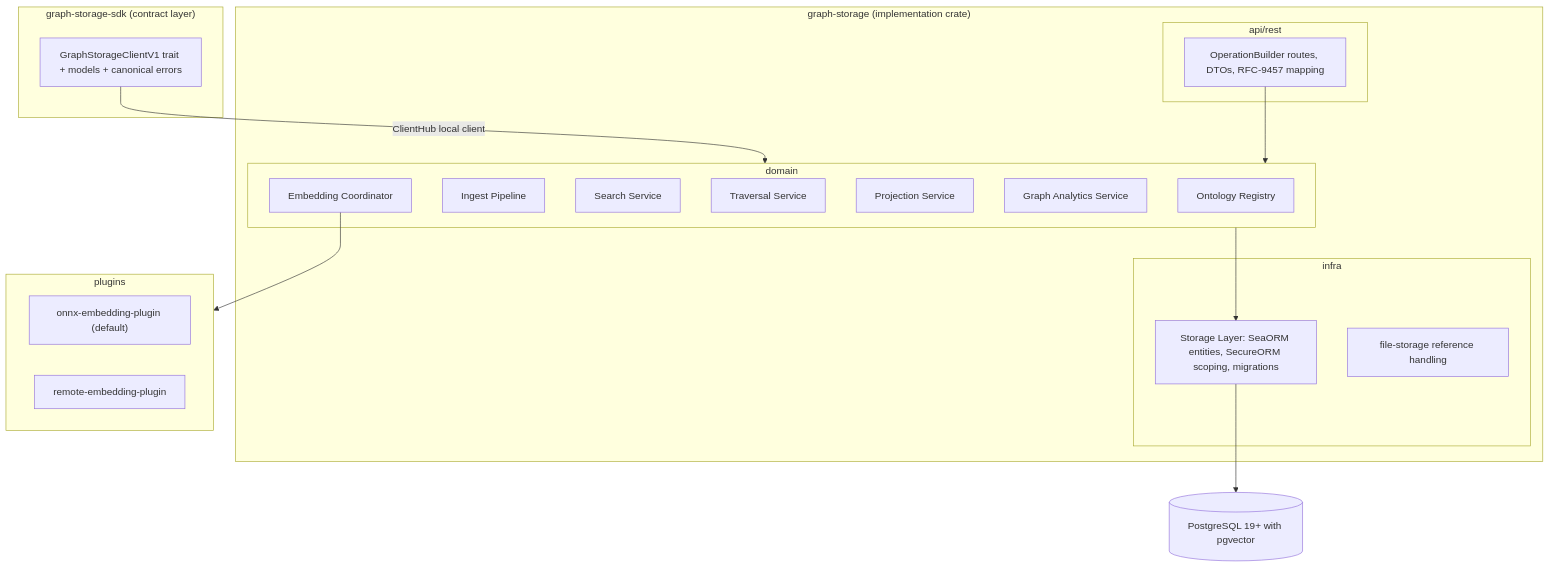
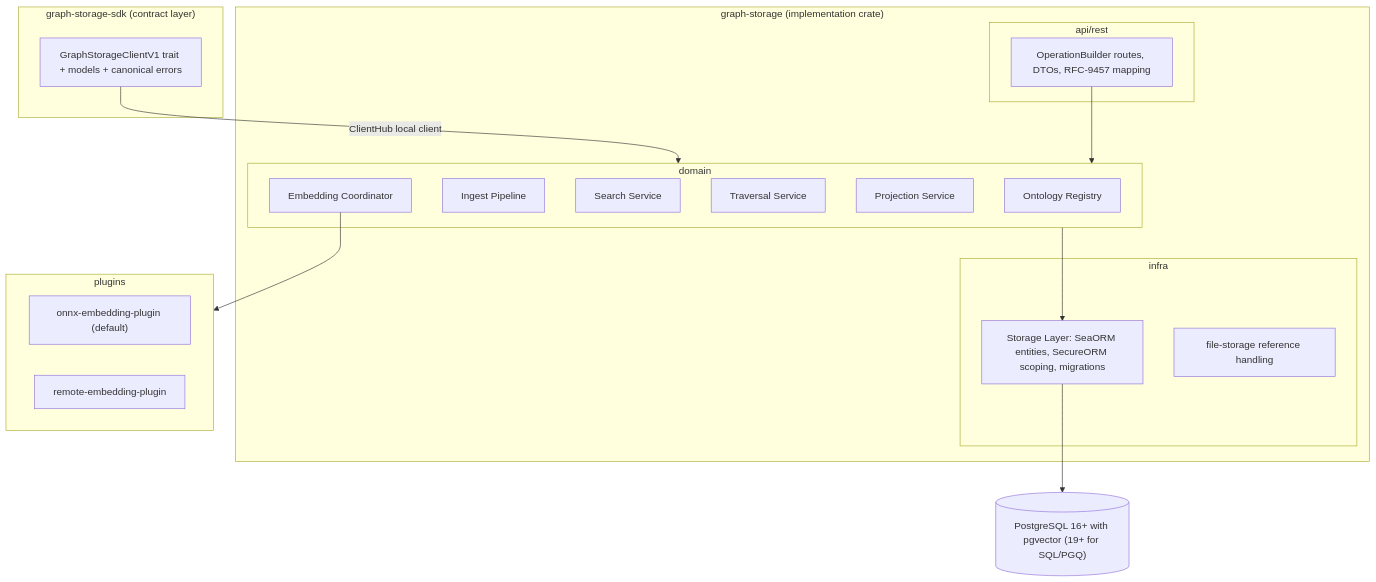
One commit to asmith987/gears-rust changed the first of 2 diagrams in gears/graph-storage/docs/DESIGN.md. Above: the diagram before and after it, drawn with Mermaid. The commit also changed other lines of this file and 17 other files, not shown here.

````diff
--- a/gears/graph-storage/docs/DESIGN.md
+++ b/gears/graph-storage/docs/DESIGN.md
@@ -112,35 +118,34 @@
 ```mermaid
 flowchart TD
     subgraph SDK["graph-storage-sdk (contract layer)"]
         CLIENT["GraphStorageClientV1 trait + models + canonical errors"]
     end
     subgraph MAIN["graph-storage (implementation crate)"]
         subgraph API["api/rest"]
             REST["OperationBuilder routes, DTOs, RFC-9457 mapping"]
         end
         subgraph DOMAIN["domain"]
             REG["Ontology Registry"]
             ING["Ingest Pipeline"]
             SRCH["Search Service"]
             TRAV["Traversal Service"]
             PROJ["Projection Service"]
-            ANA["Graph Analytics Service"]
             EMB["Embedding Coordinator"]
         end
         subgraph INFRA["infra"]
             STORE["Storage Layer: SeaORM entities, SecureORM scoping, migrations"]
             FS["file-storage reference handling"]
         end
     end
     subgraph PLUGINS["plugins"]
         ONNX["onnx-embedding-plugin (default)"]
         REMOTE["remote-embedding-plugin"]
     end
-    PG[("PostgreSQL 19+ with pgvector")]
+    PG[("PostgreSQL 16+ with pgvector (19+ for SQL/PGQ)")]
 
     CLIENT -->|ClientHub local client| DOMAIN
     REST --> DOMAIN
     DOMAIN --> STORE
     EMB --> PLUGINS
     STORE --> PG
 ```
````
